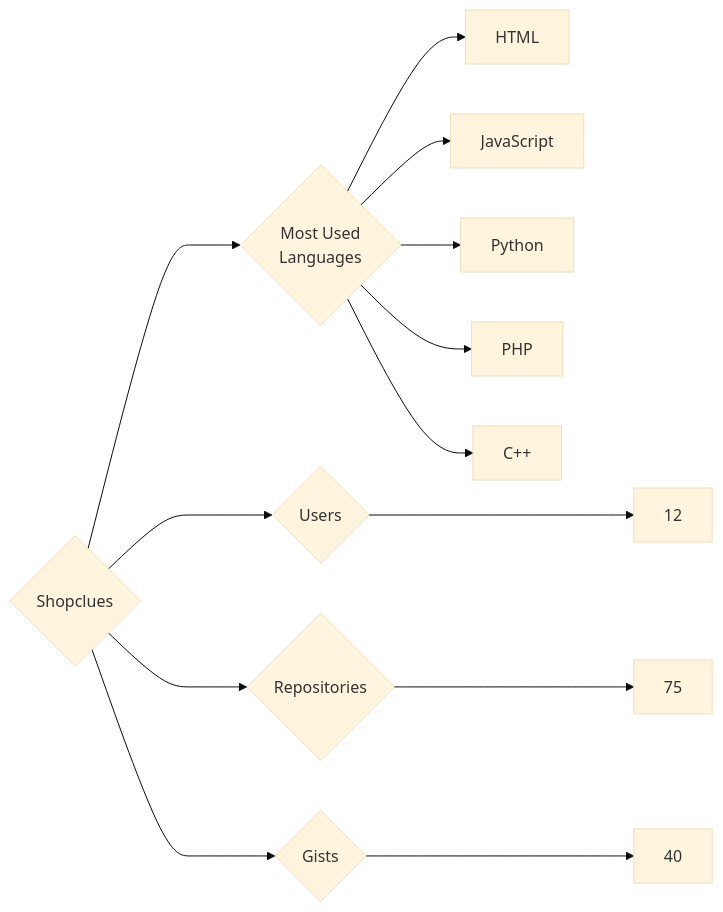
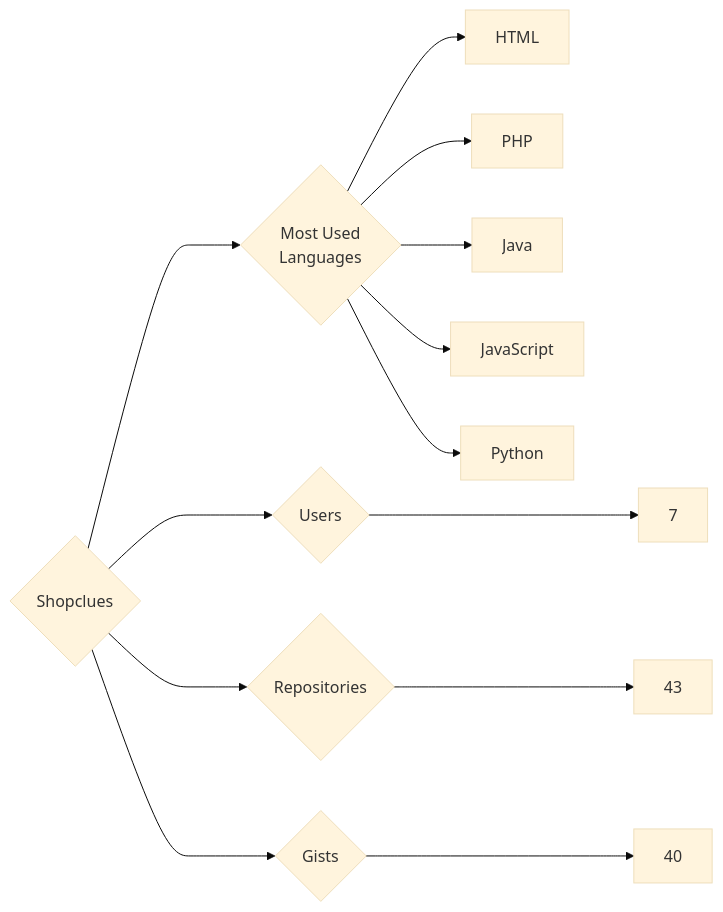
Before and after one commit to trickest/insiders: the diagram in targets/Shopclues/README.md, drawn with Mermaid (base theme). The commit also changed 1248 other files, not shown here.

````diff
--- a/targets/Shopclues/README.md
+++ b/targets/Shopclues/README.md
@@ -3,13 +3,13 @@
 ```mermaid
 graph LR
 COMPANY_NAME{Shopclues}
-COMPANY_NAME ---> U{Users} ---> UN[12]
-COMPANY_NAME ---> R{Repositories} ---> RN[75]
+COMPANY_NAME ---> U{Users} ---> UN[7]
+COMPANY_NAME ---> R{Repositories} ---> RN[43]
 COMPANY_NAME ---> G{Gists} ---> GN[40]
 COMPANY_NAME ---> ML{Most Used<br>Languages}
 ML --> HTML[HTML]
+ML --> PHP[PHP]
+ML --> Java[Java]
 ML --> JavaScript[JavaScript]
 ML --> Python[Python]
-ML --> PHP[PHP]
-ML --> C++[C++]
 ```
````
